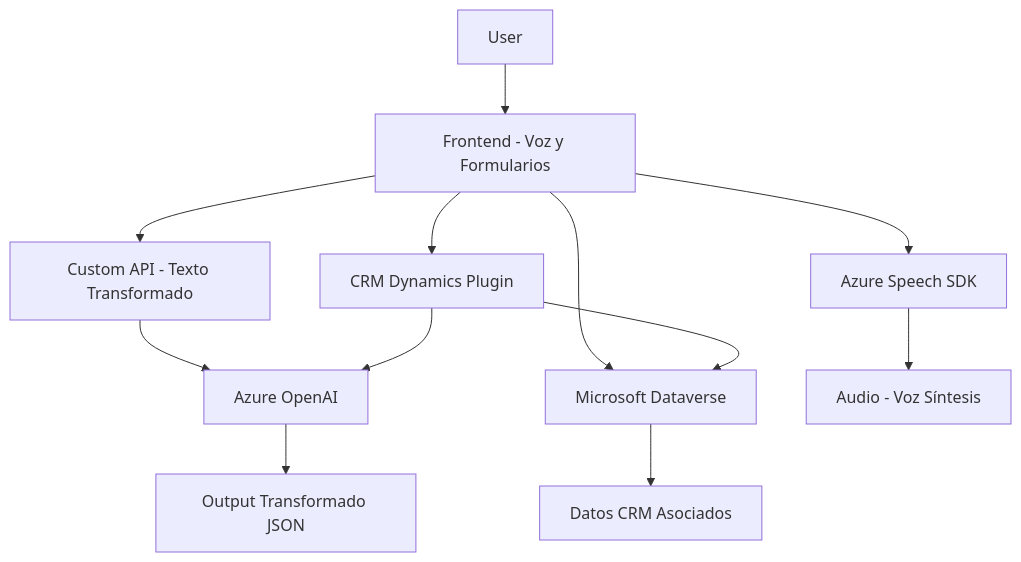
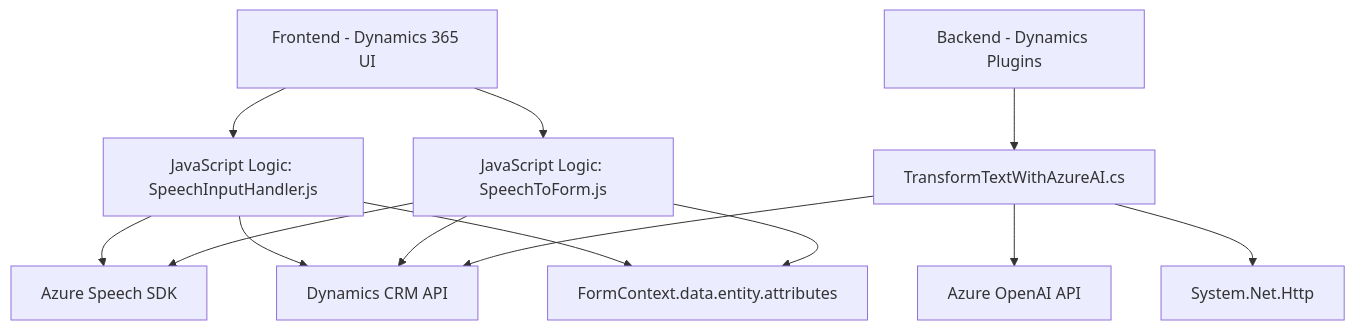
The diagram in README.md (blopezdm/NETCORE_BILBAO2025), drawn with Mermaid before and after one commit. The commit also changed other lines of this file, not shown here.

````diff
--- a/README.md
+++ b/README.md
@@ -19,14 +31,26 @@
 ```mermaid
 graph TD
-    A["User"] --> B["Frontend - Voz y Formularios"]
-    B --> C["Azure Speech SDK"]
-    B --> D["Custom API - Texto Transformado"]
-    D --> E["Azure OpenAI"]
-    B --> F["Microsoft Dataverse"]
-    B --> G["CRM Dynamics Plugin"]
-    G --> E
-    G --> F
-    E --> H["Output Transformado JSON"]
-    F --> I["Datos CRM Asociados"]
-    C --> J["Audio - Voz Síntesis"]
+    A["Frontend - Dynamics 365 UI"]
+    B["JavaScript Logic: SpeechInputHandler.js"]
+    C["JavaScript Logic: SpeechToForm.js"]
+    D["Azure Speech SDK"]
+    E["Backend - Dynamics Plugins"]
+    F["TransformTextWithAzureAI.cs"]
+    G["Azure OpenAI API"]
+    H["Dynamics CRM API"]
+    I["System.Net.Http"]
+    J["FormContext.data.entity.attributes"]
+
+    A --> B
+    B --> D
+    B --> H
+    B --> J
+    A --> C
+    C --> D
+    C --> H
+    C --> J
+    E --> F
+    F --> G
+    F --> I
+    F --> H
 ```
````
